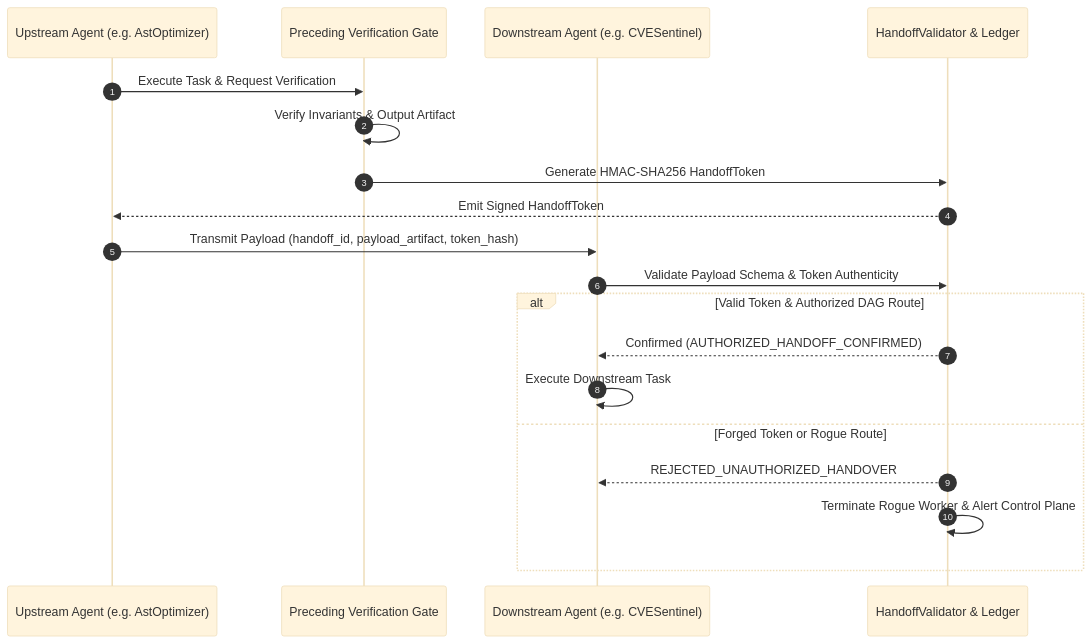
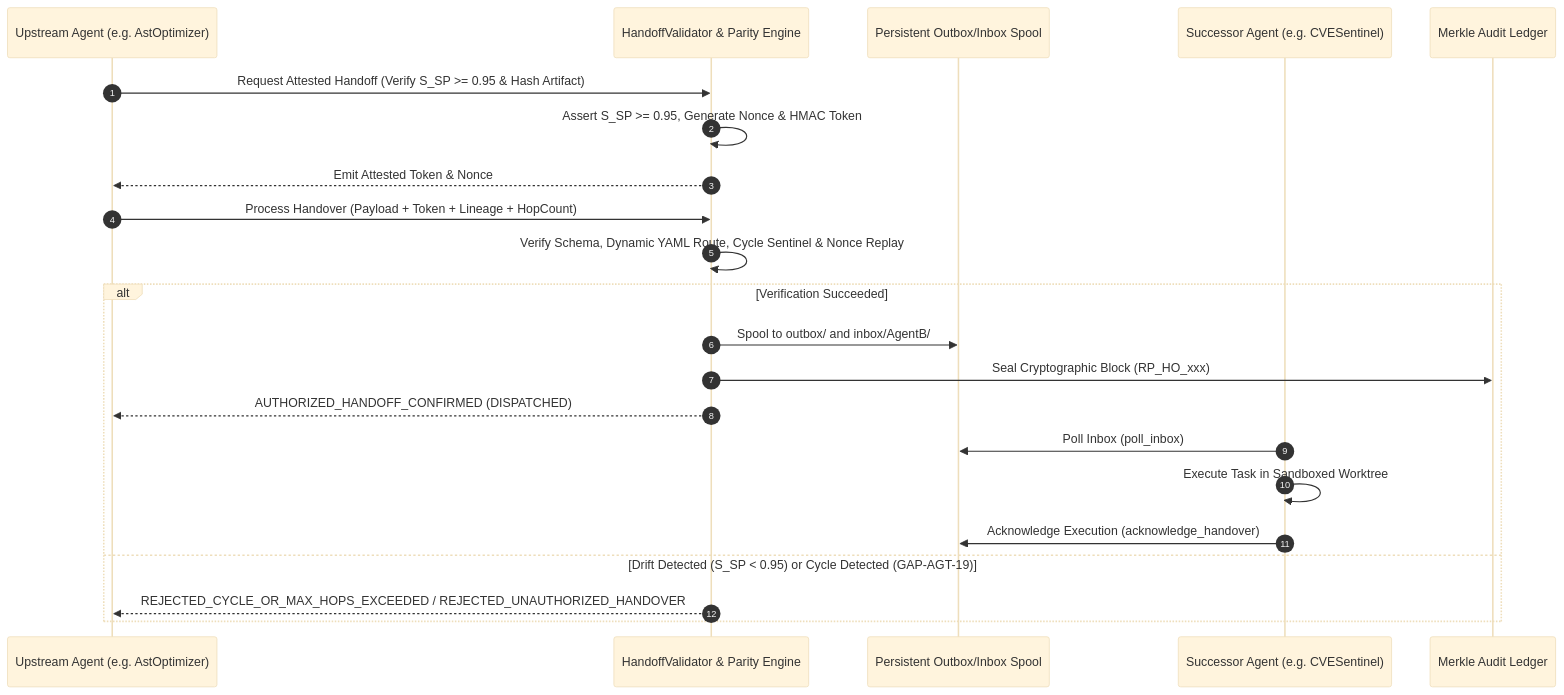
Before and after one commit to lakhwindersingh/nb_fairyfly: the third of 3 diagrams in workplace/docs/whitepapers/anti_drift_and_handover_whitepaper.md, drawn with Mermaid (base theme). The commit also changed other lines of this file and 25 other files, not shown here.

````diff
--- a/workplace/docs/whitepapers/anti_drift_and_handover_whitepaper.md
+++ b/workplace/docs/whitepapers/anti_drift_and_handover_whitepaper.md
@@ -75,22 +96,25 @@
 ```mermaid
 sequenceDiagram
     autonumber
     participant AgentA as Upstream Agent (e.g. AstOptimizer)
-    participant Gate as Preceding Verification Gate
-    participant AgentB as Downstream Agent (e.g. CVESentinel)
-    participant Engine as HandoffValidator & Ledger
+    participant Engine as HandoffValidator & Parity Engine
+    participant Outbox as Persistent Outbox/Inbox Spool
+    participant AgentB as Successor Agent (e.g. CVESentinel)
+    participant Merkle as Merkle Audit Ledger
 
-    AgentA->>Gate: Execute Task & Request Verification
-    Gate->>Gate: Verify Invariants & Output Artifact
-    Gate->>Engine: Generate HMAC-SHA256 HandoffToken
-    Engine-->>AgentA: Emit Signed HandoffToken
-    AgentA->>AgentB: Transmit Payload (handoff_id, payload_artifact, token_hash)
-    AgentB->>Engine: Validate Payload Schema & Token Authenticity
-    alt Valid Token & Authorized DAG Route
-        Engine-->>AgentB: Confirmed (AUTHORIZED_HANDOFF_CONFIRMED)
-        AgentB->>AgentB: Execute Downstream Task
-    else Forged Token or Rogue Route
-        Engine-->>AgentB: REJECTED_UNAUTHORIZED_HANDOVER
-        Engine->>Engine: Terminate Rogue Worker & Alert Control Plane
+    AgentA->>Engine: Request Attested Handoff (Verify S_SP >= 0.95 & Hash Artifact)
+    Engine->>Engine: Assert S_SP >= 0.95, Generate Nonce & HMAC Token
+    Engine-->>AgentA: Emit Attested Token & Nonce
+    AgentA->>Engine: Process Handover (Payload + Token + Lineage + HopCount)
+    Engine->>Engine: Verify Schema, Dynamic YAML Route, Cycle Sentinel & Nonce Replay
+    alt Verification Succeeded
+        Engine->>Outbox: Spool to outbox/ and inbox/AgentB/
+        Engine->>Merkle: Seal Cryptographic Block (RP_HO_xxx)
+        Engine-->>AgentA: AUTHORIZED_HANDOFF_CONFIRMED (DISPATCHED)
+        AgentB->>Outbox: Poll Inbox (poll_inbox)
+        AgentB->>AgentB: Execute Task in Sandboxed Worktree
+        AgentB->>Outbox: Acknowledge Execution (acknowledge_handover)
+    else Drift Detected (S_SP < 0.95) or Cycle Detected (GAP-AGT-19)
+        Engine-->>AgentA: REJECTED_CYCLE_OR_MAX_HOPS_EXCEEDED / REJECTED_UNAUTHORIZED_HANDOVER
     end
 ```
````
